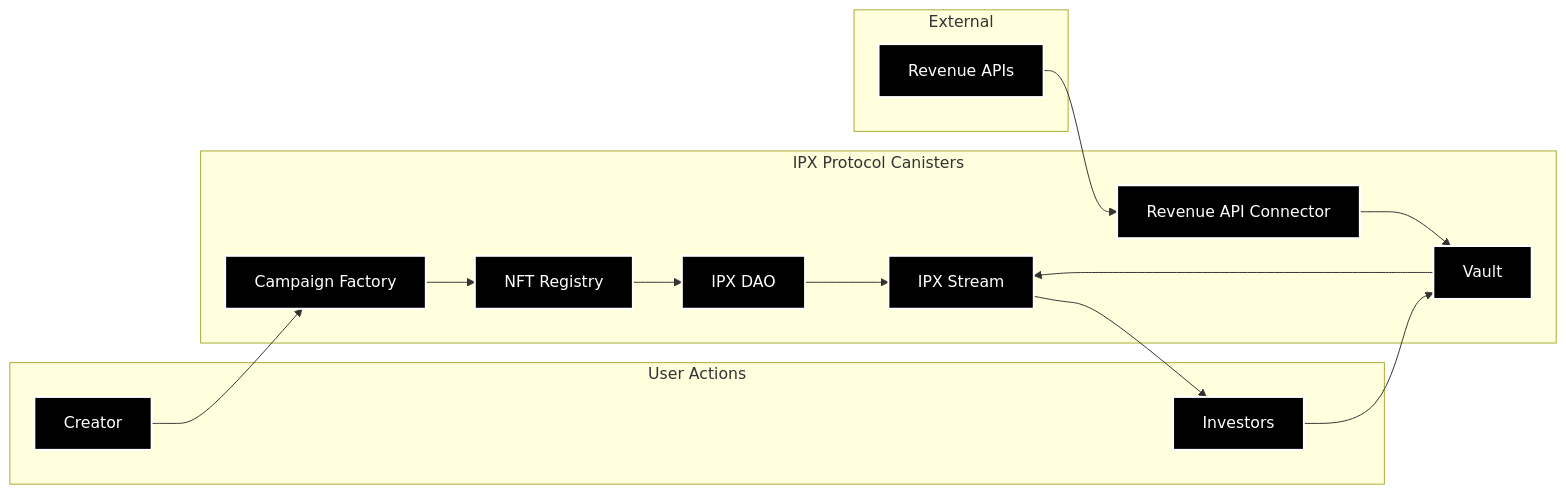
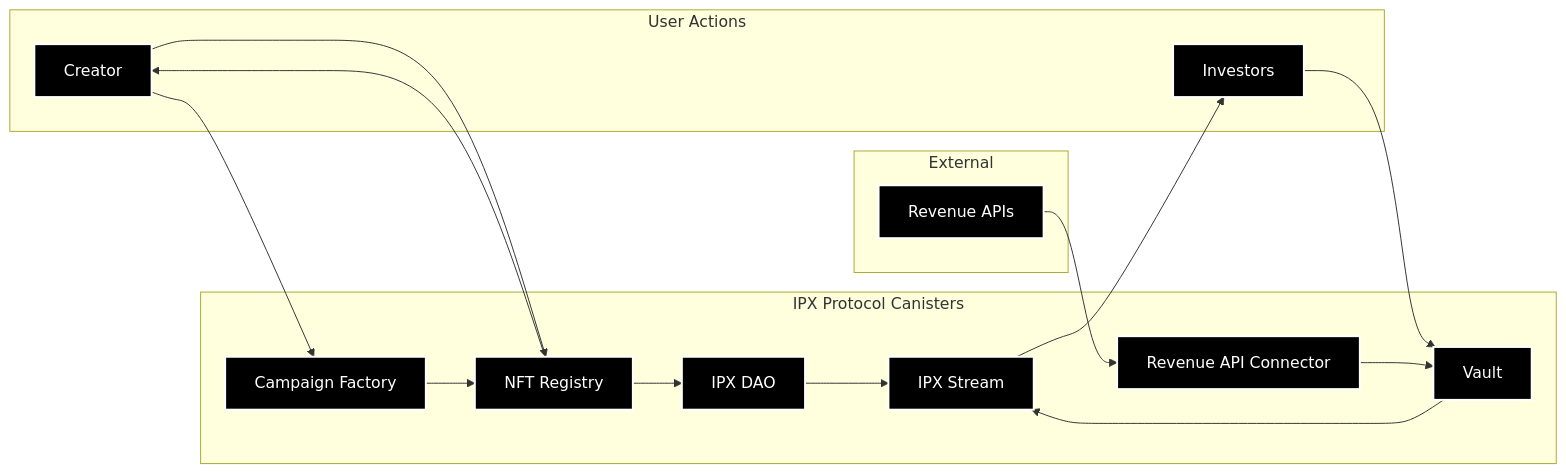
The first of 2 diagrams in README.md (Smitbafna/IPX), drawn with Mermaid before and after one commit. The commit also changed other lines of this file and 82 other files, not shown here.

````diff
--- a/README.md
+++ b/README.md
@@ -11,32 +24,34 @@
 ```mermaid
 graph LR
     subgraph "User Actions"
         Creator[Creator]
         Investors[Investors]
     end
     
     subgraph "IPX Protocol Canisters"
         CampaignFactory[Campaign Factory]
         NFTRegistry[NFT Registry]
         Vault[Vault]
         IPXDAO[IPX DAO]
         IPXStream[IPX Stream]
         RevenueApiConnector[Revenue API Connector]
     end
     
     subgraph "External"
         APIs[Revenue APIs]
     end
     
+    Creator --> NFTRegistry
+    NFTRegistry --> Creator
     Creator --> CampaignFactory
     CampaignFactory --> NFTRegistry
     Investors --> Vault
     Vault --> IPXStream
     NFTRegistry --> IPXDAO
     APIs --> RevenueApiConnector
     RevenueApiConnector --> Vault
     IPXDAO --> IPXStream
     IPXStream --> Investors
     
     classDef default fill:#000000,stroke:#ffffff,stroke-width:2px,color:#ffffff
 ```
````
